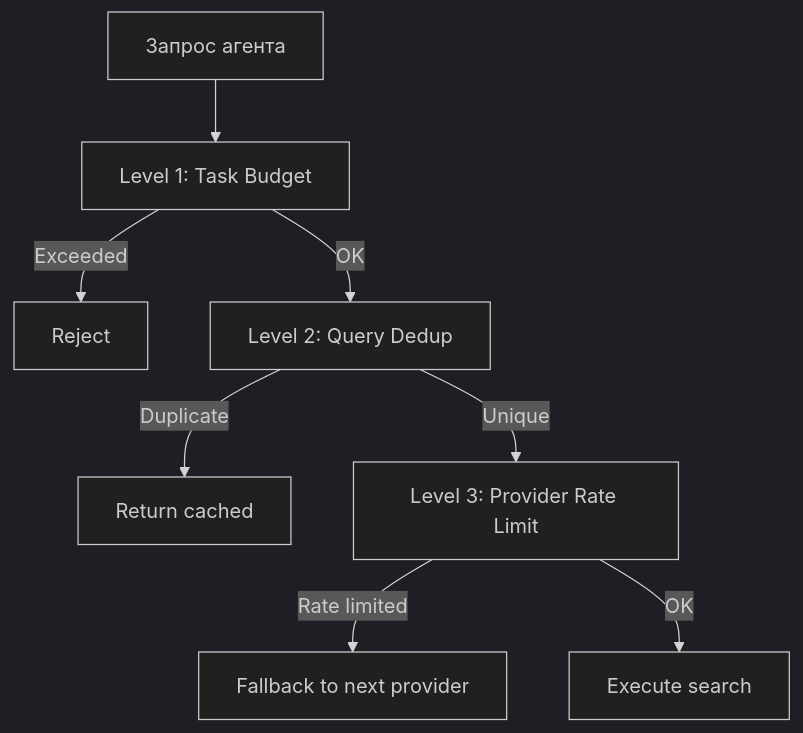
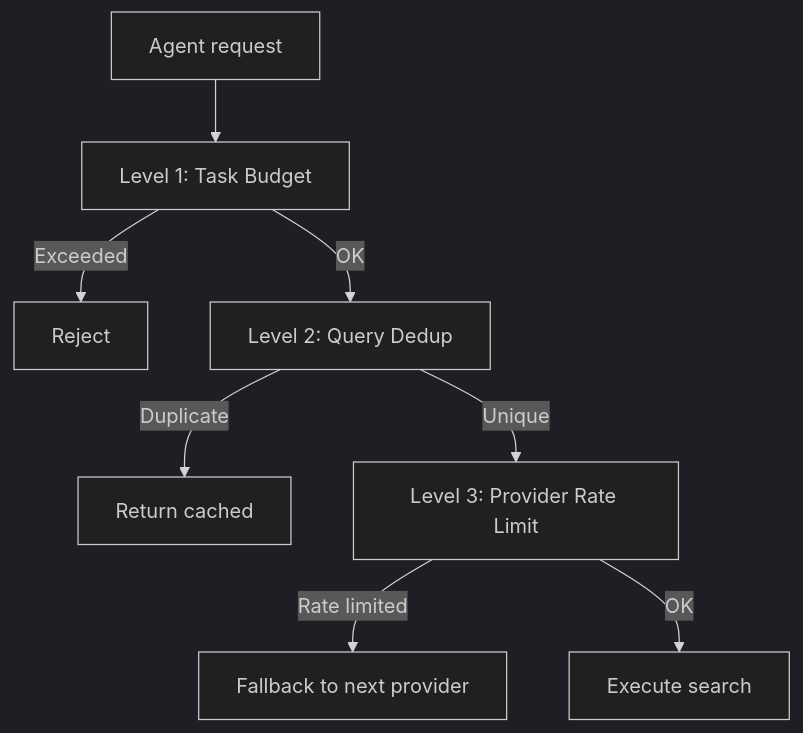
Before and after one commit to ilgizar-valiullin/mcp-web-hound: the second of 2 diagrams in docs/budget.md, drawn with Mermaid (dark theme). The commit also changed other lines of this file and 16 other files, not shown here.

````diff
--- a/docs/budget.md
+++ b/docs/budget.md
@@ -192,10 +191,10 @@
 ```mermaid
 flowchart TD
-    A[Запрос агента] --> B[Level 1: Task Budget]
+    A[Agent request] --> B[Level 1: Task Budget]
     B -->|Exceeded| X1[Reject]
     B -->|OK| C[Level 2: Query Dedup]
     C -->|Duplicate| Y[Return cached]
     C -->|Unique| D[Level 3: Provider Rate Limit]
     D -->|Rate limited| Z[Fallback to next provider]
     D -->|OK| E[Execute search]
 ```
````
